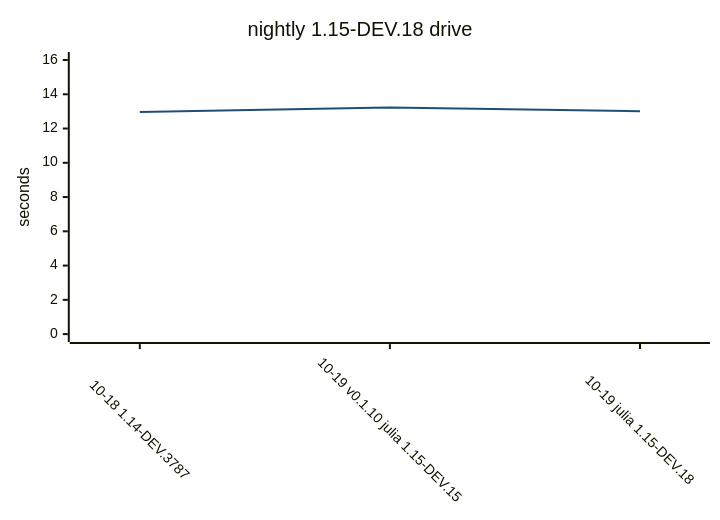
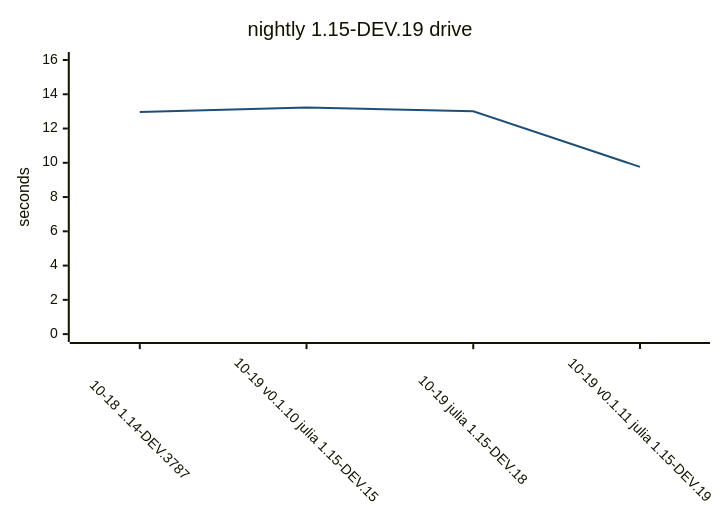
Before and after one commit to yamanori99/DistSSHRun.jl: the ninth of 9 diagrams in README.md, drawn with Mermaid. The commit also changed other lines of this file and 1 other file, not shown here.

Commit message:
Record compile bench for nightly.

````diff
--- a/README.md
+++ b/README.md
@@ -302,17 +303,17 @@
 ```mermaid
 ---
 config:
   theme: base
   themeVariables:
     xyChart:
       plotColorPalette: "#1f4e79"
   xyChart:
     xAxis:
       labelRotation: 45
 ---
 xychart-beta
-    title "nightly 1.15-DEV.18 drive"
-    x-axis ["10-18 1.14-DEV.3787", "10-19 v0.1.10 julia 1.15-DEV.15", "10-19 julia 1.15-DEV.18"]
+    title "nightly 1.15-DEV.19 drive"
+    x-axis ["10-18 1.14-DEV.3787", "10-19 v0.1.10 julia 1.15-DEV.15", "10-19 julia 1.15-DEV.18", "10-19 v0.1.11 julia 1.15-DEV.19"]
     y-axis "seconds" 0 --> 16
-    line [12.97, 13.23, 13.01]
+    line [12.97, 13.23, 13.01, 9.76]
 ```
````
